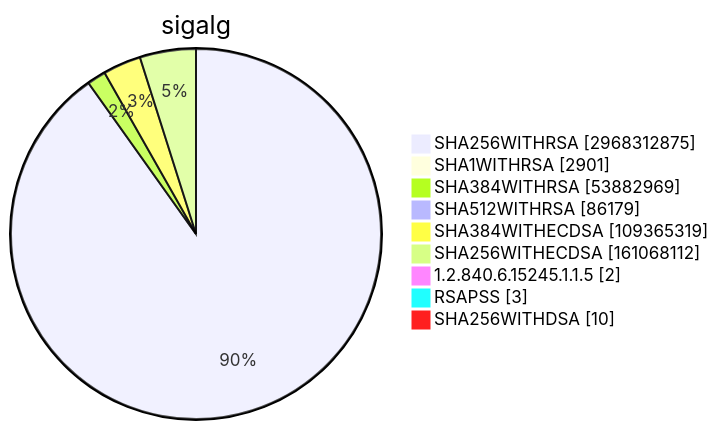
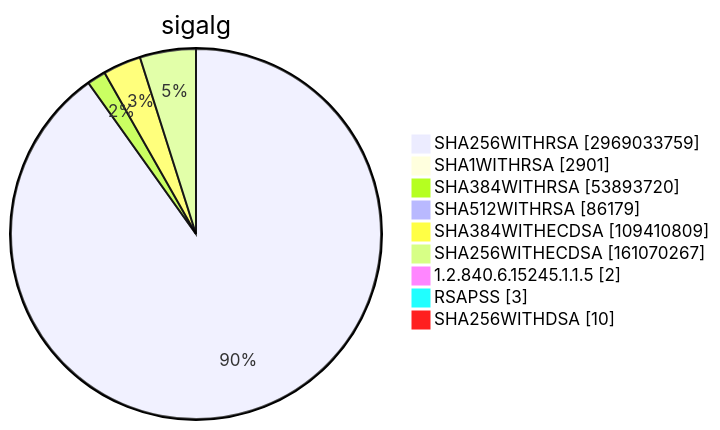
One commit to christiankrug/ctmonitor_visualization changed diagram 15 of 15 in TOTAL/README.md. Above: the diagram before and after it, drawn with Mermaid. The commit also changed other lines of this file, not shown here.

````diff
--- a/TOTAL/README.md
+++ b/TOTAL/README.md
@@ -6208,13 +6208,13 @@
 ```mermaid
 pie showData
 title sigalg
-"SHA256WITHRSA" :2968312875
+"SHA256WITHRSA" :2969033759
 "SHA1WITHRSA" :2901
-"SHA384WITHRSA" :53882969
+"SHA384WITHRSA" :53893720
 "SHA512WITHRSA" :86179
-"SHA384WITHECDSA" :109365319
-"SHA256WITHECDSA" :161068112
+"SHA384WITHECDSA" :109410809
+"SHA256WITHECDSA" :161070267
 "1.2.840.6.15245.1.1.5" :2
 "RSAPSS" :3
 "SHA256WITHDSA" :10
 ```
````
